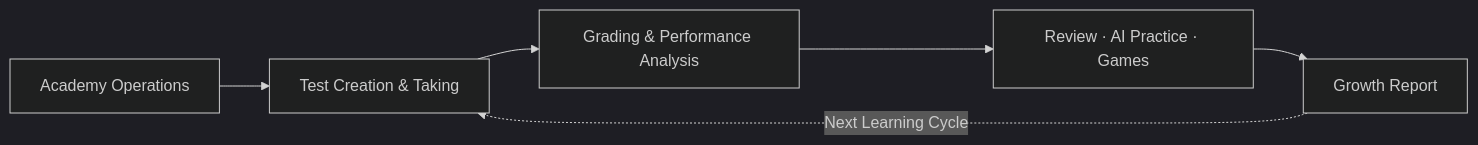
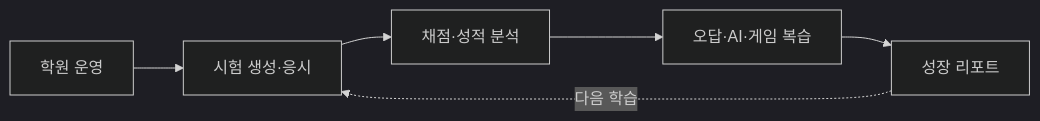
The first of 2 diagrams in README.md (Eunhye-yoo/EduPOP), drawn with Mermaid (dark theme) before and after one commit. The commit also changed other lines of this file, not shown here.

```diff
--- a/README.md
+++ b/README.md
@@ -34,8 +31,8 @@
 ~~~mermaid
 flowchart LR
-    A["Academy Operations"] --> B["Test Creation & Taking"]
-    B --> C["Grading & Performance Analysis"]
-    C --> D["Review · AI Practice · Games"]
-    D --> E["Growth Report"]
-    E -. "Next Learning Cycle" .-> B
+    A["학원 운영"] --> B["시험 생성·응시"]
+    B --> C["채점·성적 분석"]
+    C --> D["오답·AI·게임 복습"]
+    D --> E["성장 리포트"]
+    E -. "다음 학습" .-> B
 ~~~
```
